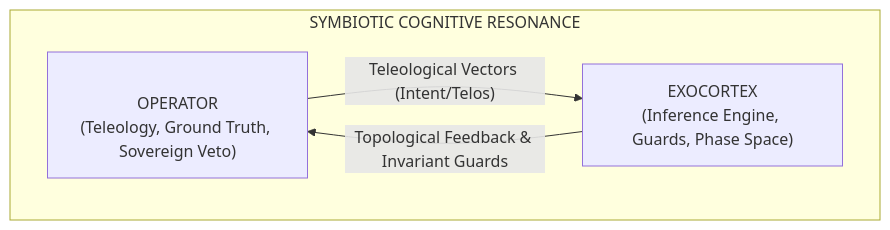
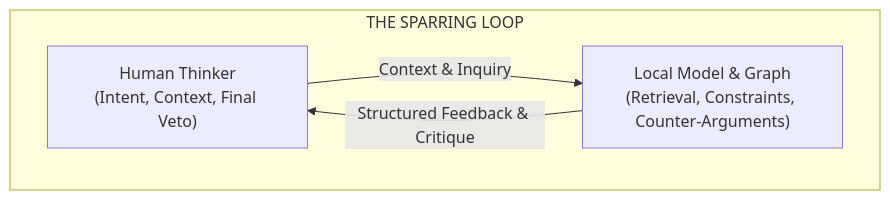
One commit to ghosoya/exocortex-garden changed the first of 3 diagrams in content/axioms/theory.md. Above: the diagram before and after it, drawn with Mermaid. The commit also changed other lines of this file and 10 other files, not shown here.

````diff
--- a/content/axioms/theory.md
+++ b/content/axioms/theory.md
@@ -22,14 +25,12 @@
 ```mermaid
 graph LR
-    subgraph RESONANCE ["SYMBIOTIC COGNITIVE RESONANCE<br/>"]
+    subgraph LOOP ["THE SPARRING LOOP"]
+        direction LR
+        H["Human Thinker<br/>(Intent, Context, Final Veto)"]
+        M["Local Model & Graph<br/>(Retrieval, Constraints, Counter-Arguments)"]
         
-        direction LR
-        
-        O["<br/>OPERATOR<br/>(Teleology, Ground Truth, Sovereign Veto)"]
-        E["EXOCORTEX<br/>(Inference Engine, Guards, Phase Space)"]
-        
-        O -- "Teleological Vectors (Intent/Telos)" --> E
-        E -- "Topological Feedback & Invariant Guards" --> O
+        H -- "Context & Inquiry" --> M
+        M -- "Structured Feedback & Critique" --> H
     end
 
 ```
````
